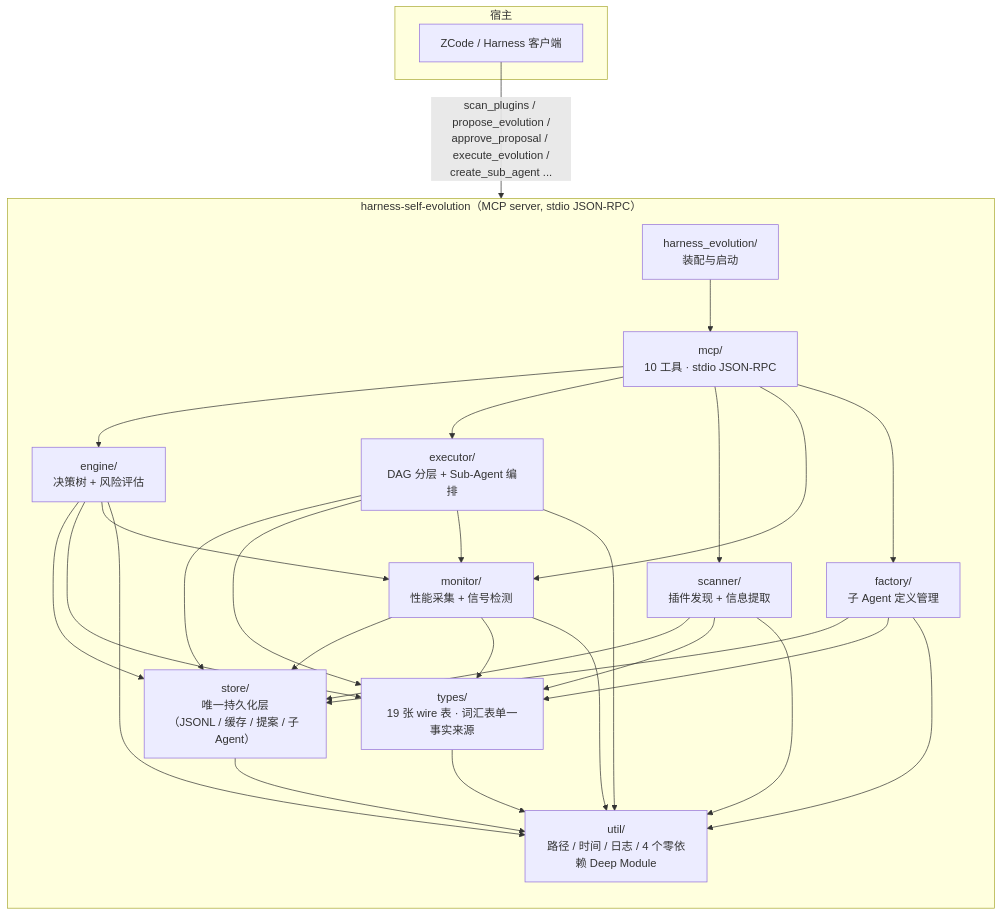
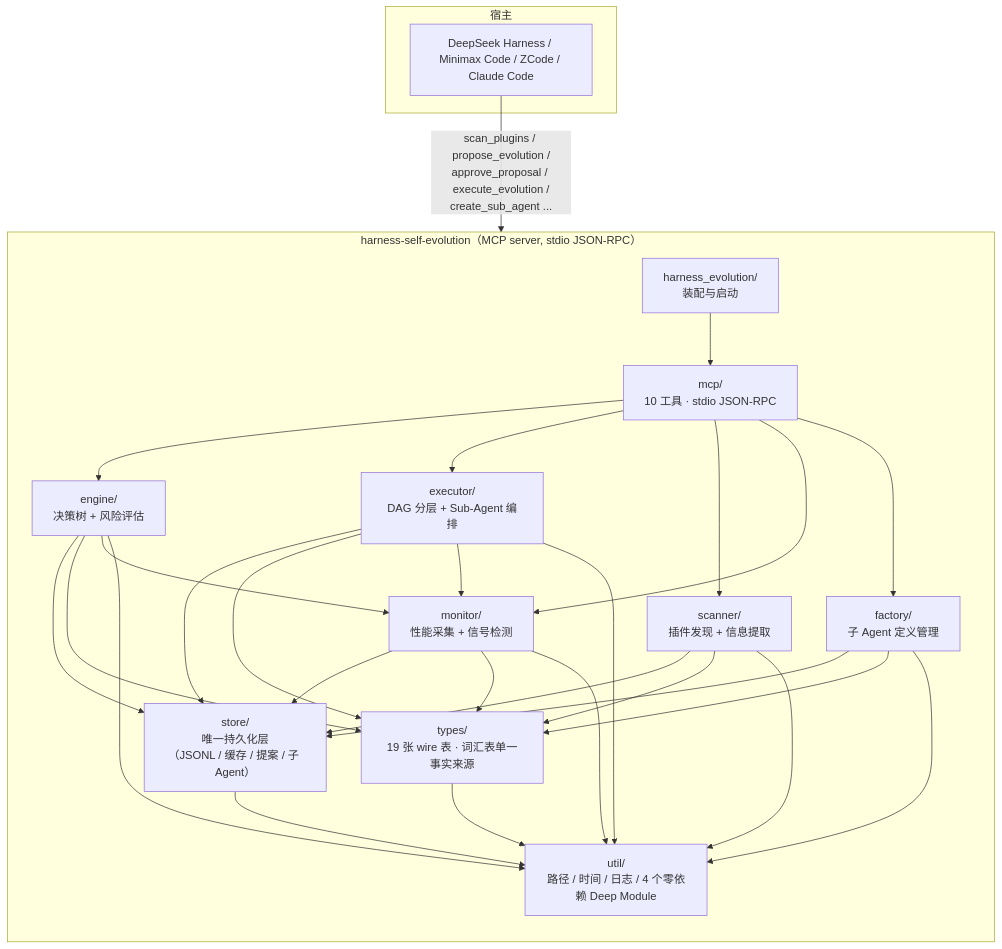
Before and after one commit to Across2005/harness-self-evolution-plugin: the diagram in README.md, drawn with Mermaid. The commit also changed other lines of this file and 6 other files, not shown here.

First line of the commit message:
feat(minimax-code): 多宿主扫描支持 — DeepSeek Harness / Minimax Code / ZCode 路径兼容

````diff
--- a/README.md
+++ b/README.md
@@ -48,47 +67,47 @@
 ```mermaid
 flowchart TB
     subgraph 宿主
-        Client["ZCode / Harness 客户端"]
+        Client["DeepSeek Harness / Minimax Code / ZCode / Claude Code"]
     end
-
+    
     subgraph "harness-self-evolution（MCP server, stdio JSON-RPC）"
         direction TB
         HE["harness_evolution/<br/>装配与启动"]
         MCP["mcp/<br/>10 工具 · stdio JSON-RPC"]
         ENG["engine/<br/>决策树 + 风险评估"]
         EXE["executor/<br/>DAG 分层 + Sub-Agent 编排"]
         FAC["factory/<br/>子 Agent 定义管理"]
         SCN["scanner/<br/>插件发现 + 信息提取"]
         MON["monitor/<br/>性能采集 + 信号检测"]
         ST["store/<br/>唯一持久化层<br/>（JSONL / 缓存 / 提案 / 子 Agent）"]
         TY["types/<br/>19 张 wire 表 · 词汇表单一事实来源"]
         UT["util/<br/>路径 / 时间 / 日志 / 4 个零依赖 Deep Module"]
     end
-
+    
     Client -- "scan_plugins / propose_evolution /<br/>approve_proposal / execute_evolution /<br/>create_sub_agent ..." --> MCP
     HE --> MCP
     MCP --> ENG
     MCP --> EXE
     MCP --> SCN
     MCP --> MON
     MCP --> FAC
     ENG --> ST
     EXE --> ST
     FAC --> ST
     SCN --> ST
     MON --> ST
     SCN --> TY
     ENG --> TY
     EXE --> TY
     FAC --> TY
     MON --> TY
     ENG --> MON
     EXE --> MON
     ST --> UT
     TY --> UT
     ENG --> UT
     EXE --> UT
     FAC --> UT
     SCN --> UT
     MON --> UT
 ```
````
